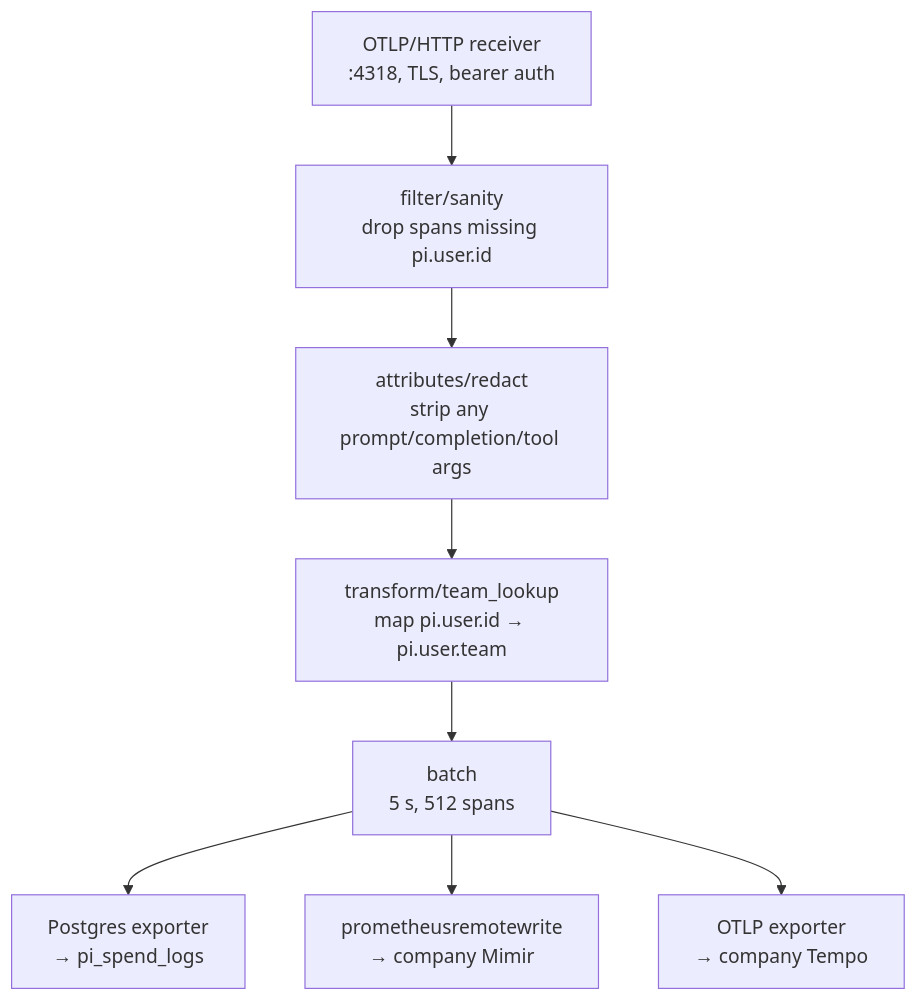
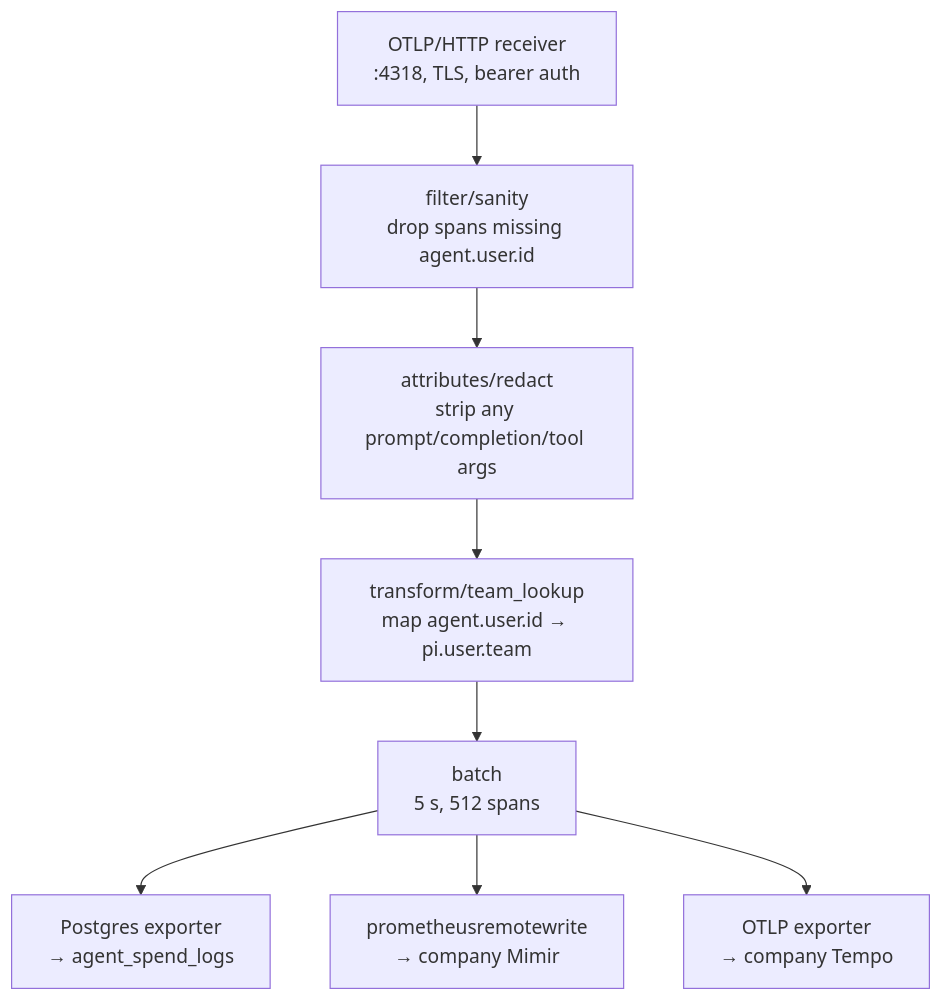
The seventh of 13 diagrams in docs/design/pi-usage-reporter-DESIGN.md (vilosource/pi-extensions), drawn with Mermaid before and after one commit. The commit also changed other lines of this file and 6 other files, not shown here.

First line of the commit message:
docs: harness-agnostic rename — agent.* attributes, agent-spend-dashboard

````diff
--- a/docs/design/pi-usage-reporter-DESIGN.md
+++ b/docs/design/pi-usage-reporter-DESIGN.md
@@ -672,11 +674,11 @@
 ```mermaid
 flowchart TB
   recv["OTLP/HTTP receiver<br/>:4318, TLS, bearer auth"]
-  recv --> proc_filter["filter/sanity<br/>drop spans missing pi.user.id"]
+  recv --> proc_filter["filter/sanity<br/>drop spans missing agent.user.id"]
   proc_filter --> proc_redact["attributes/redact<br/>strip any prompt/completion/tool args"]
-  proc_redact --> proc_team["transform/team_lookup<br/>map pi.user.id → pi.user.team"]
+  proc_redact --> proc_team["transform/team_lookup<br/>map agent.user.id → pi.user.team"]
   proc_team --> proc_batch["batch<br/>5 s, 512 spans"]
-  proc_batch --> exp_pg["Postgres exporter<br/>→ pi_spend_logs"]
+  proc_batch --> exp_pg["Postgres exporter<br/>→ agent_spend_logs"]
   proc_batch --> exp_prom["prometheusremotewrite<br/>→ company Mimir"]
   proc_batch --> exp_tempo["OTLP exporter<br/>→ company Tempo"]
 ```
````
